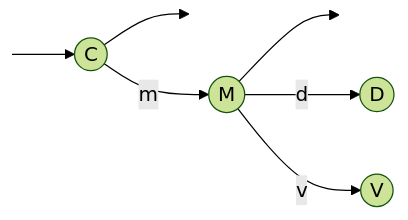
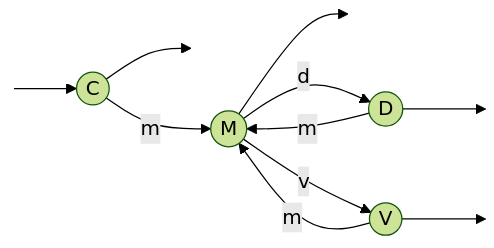
The first of 3 diagrams in README.md (avivi55/automates-finies), drawn with Mermaid (forest theme) before and after one commit. The commit also changed other lines of this file, not shown here.

````diff
--- a/README.md
+++ b/README.md
@@ -10,13 +10,16 @@
 ```mermaid
 graph LR
     START[ ] --> C((C)) --> STOP[ ]
     C --m--> M((M)) --> STOP2[ ]
-    M --d--> D((D))
-    M --v--> V((V))
+    M --d--> D((D)) --> STOP3[ ]
+    M --v--> V((V)) --> STOP4[ ]
+    D --m--> M
+    V --m--> M
 
-    style STOP2 height:0px;
 
     style START height:0px;
-    style STOP  height:0px;
-    
+    style STOP  height:0px; 
+    style STOP2 height:0px;
+    style STOP3 height:0px;
+    style STOP4 height:0px;
 ```
````
